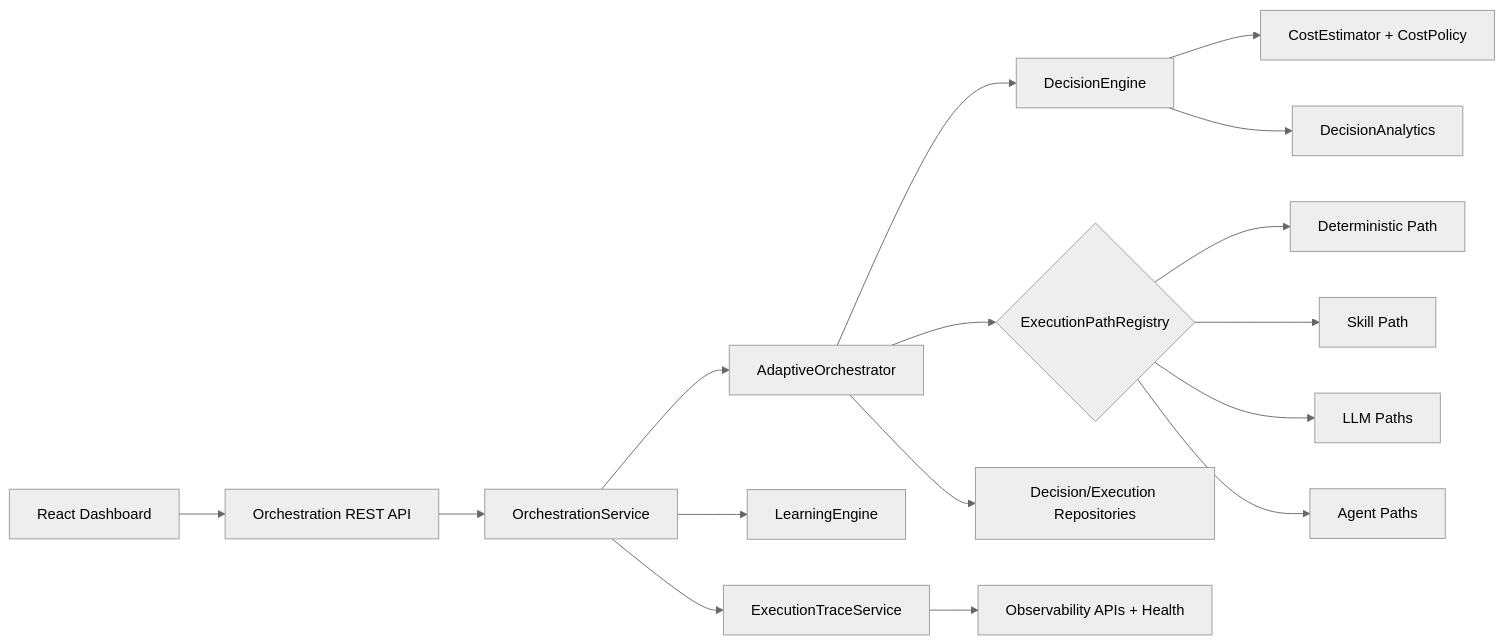
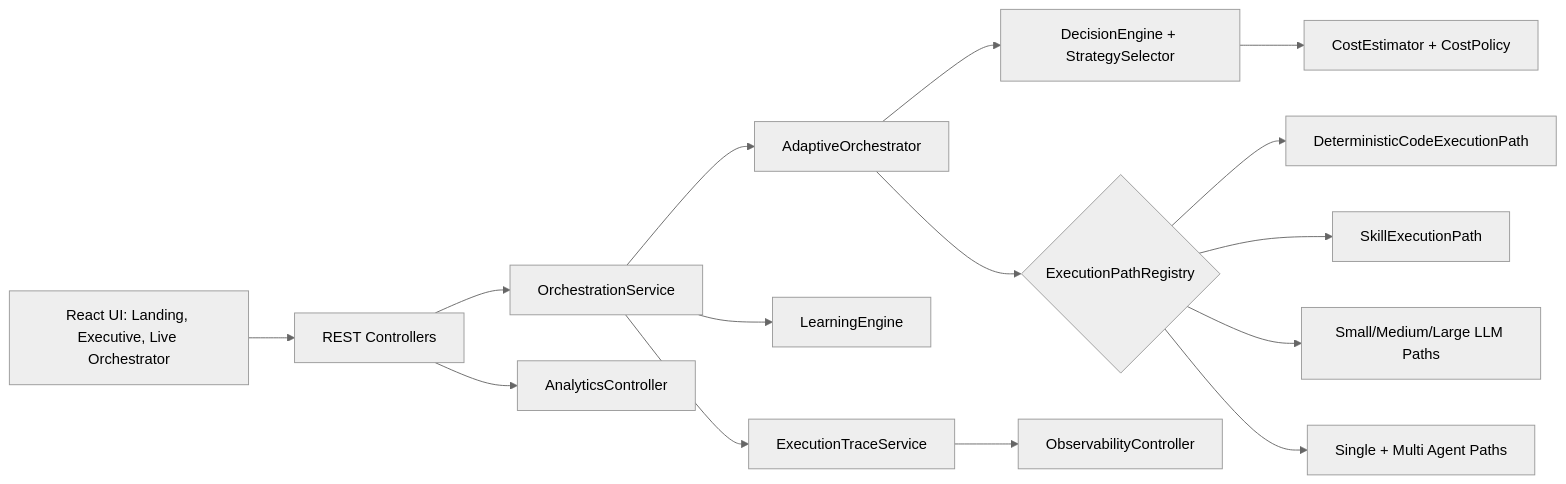
Before and after one commit to sivram-dse/adaptive-ai-orchestrator: the second of 3 diagrams in README.md, drawn with Mermaid (neutral theme). The commit also changed other lines of this file and 9 other files, not shown here.

Commit message:
Polish hackathon UI and docs with landing/executive/demo experience

````diff
--- a/README.md
+++ b/README.md
@@ -50,18 +61,17 @@
 ```mermaid
 flowchart LR
-    UI["React Dashboard"] --> API["Orchestration REST API"]
-    API --> SVC["OrchestrationService"]
-    SVC --> ORCH["AdaptiveOrchestrator"]
-    ORCH --> DEC["DecisionEngine"]
+    UI["React UI: Landing, Executive, Live Orchestrator"] --> API["REST Controllers"]
+    API --> SERVICE["OrchestrationService"]
+    SERVICE --> ORCH["AdaptiveOrchestrator"]
+    ORCH --> DEC["DecisionEngine + StrategySelector"]
     DEC --> COST["CostEstimator + CostPolicy"]
-    DEC --> ANALYTICS["DecisionAnalytics"]
     ORCH --> PATHS{"ExecutionPathRegistry"}
-    PATHS --> CODE["Deterministic Path"]
-    PATHS --> SKILL["Skill Path"]
-    PATHS --> LLM["LLM Paths"]
-    PATHS --> AGENTS["Agent Paths"]
-    ORCH --> REPO["Decision/Execution Repositories"]
-    SVC --> LEARN["LearningEngine"]
-    SVC --> TRACE["ExecutionTraceService"]
-    TRACE --> OBS["Observability APIs + Health"]
+    PATHS --> CODE["DeterministicCodeExecutionPath"]
+    PATHS --> SKILL["SkillExecutionPath"]
+    PATHS --> LLM["Small/Medium/Large LLM Paths"]
+    PATHS --> AGENT["Single + Multi Agent Paths"]
+    SERVICE --> LEARN["LearningEngine"]
+    SERVICE --> TRACE["ExecutionTraceService"]
+    TRACE --> OBS["ObservabilityController"]
+    API --> ANALYTICS["AnalyticsController"]
 ```
````
